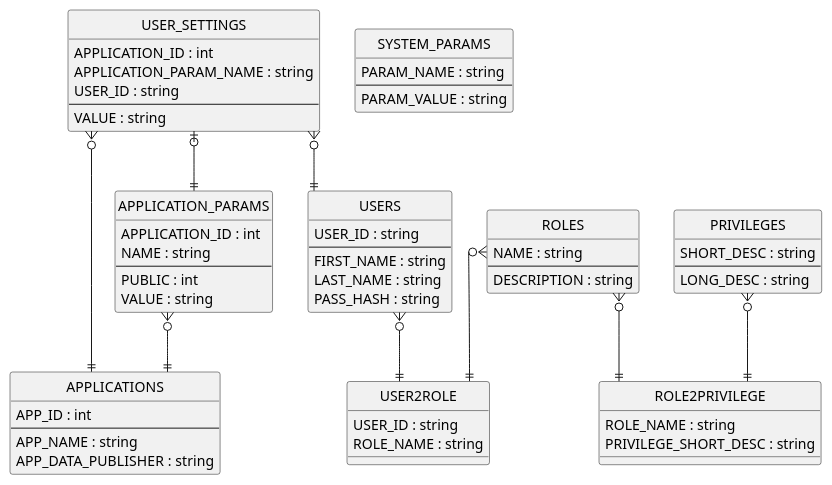
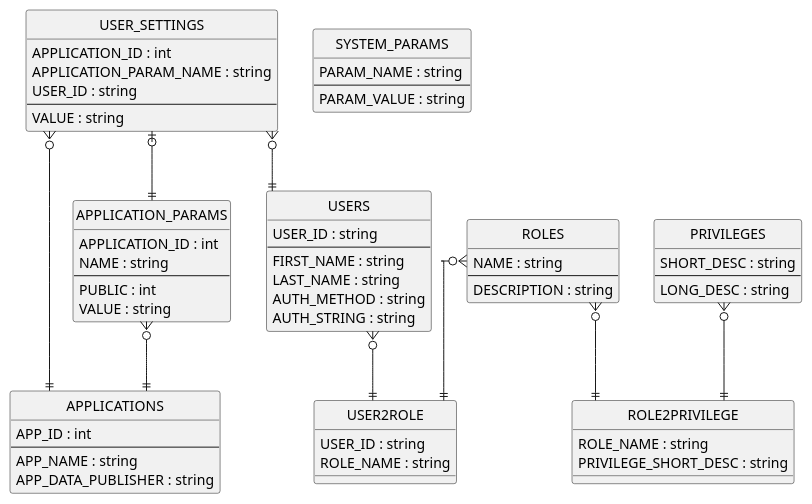
One commit to pawelwojtowicz/knocknock changed the diagram in docu/dbModel.puml. Above: the diagram before and after it, drawn with PlantUML. The commit also changed 5 other files, not shown here.

Commit message:
ref: Change the User structure (pass_phrase replaced by auth_method and auth_string)

```diff
--- a/docu/dbModel.puml
+++ b/docu/dbModel.puml
@@ -1,78 +1,79 @@
 @startuml
 
 ' configuration
 hide circle
 skinparam linetype ortho
 
 ' comment
 
 entity "APPLICATIONS" as app {
 APP_ID : int
 --
 APP_NAME : string
 APP_DATA_PUBLISHER : string
 }
 
 entity "SYSTEM_PARAMS" as sysParam {
 PARAM_NAME : string
 --
 PARAM_VALUE : string
 }
 
 entity "APPLICATION_PARAMS" as appParam {
 APPLICATION_ID : int
 NAME : string
 --
 PUBLIC : int
 VALUE : string
 }
 
 entity "USER_SETTINGS" as userParams {
 APPLICATION_ID : int
 APPLICATION_PARAM_NAME : string
 USER_ID : string
 --
 VALUE : string
 }
 
 entity "ROLES" as userRoles {
 NAME : string
 --
 DESCRIPTION : string
 }
 
 entity "USERS" as user {
 USER_ID : string
 --
 FIRST_NAME : string 
 LAST_NAME : string
-PASS_HASH : string 
+AUTH_METHOD : string
+AUTH_STRING : string 
 }
 
 
 entity "PRIVILEGES" as rolePrivileges {
 SHORT_DESC : string
 --
 LONG_DESC : string
 }
 
 entity "ROLE2PRIVILEGE" as r2p {
 ROLE_NAME : string
 PRIVILEGE_SHORT_DESC : string  
 }
 
 entity "USER2ROLE" as u2p {
 USER_ID : string
 ROLE_NAME : string
 }
 
 
 userParams }o--|| app
 userParams  }o--|| user
 appParam }o--|| app
 userParams |o--|| appParam 
 user }o--|| u2p
 userRoles }o--|| u2p
 userRoles }o--|| r2p
 rolePrivileges }o--|| r2p
 @enduml
```
